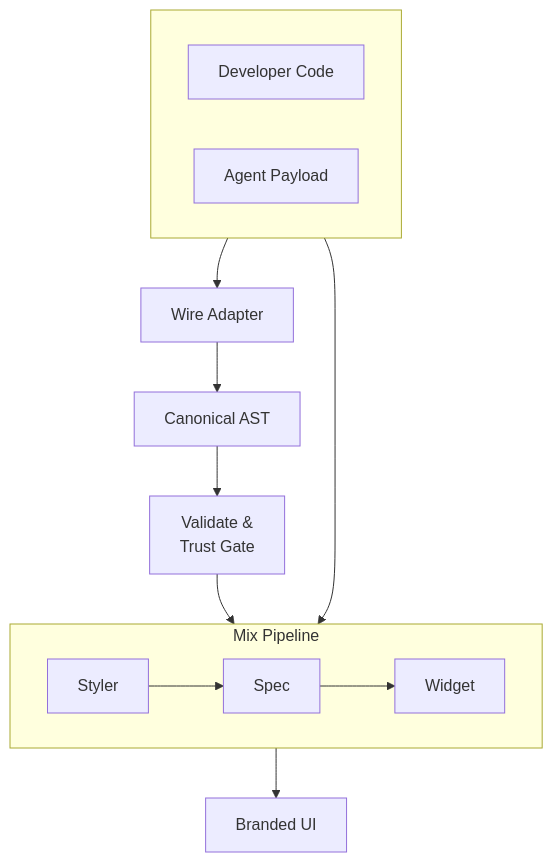
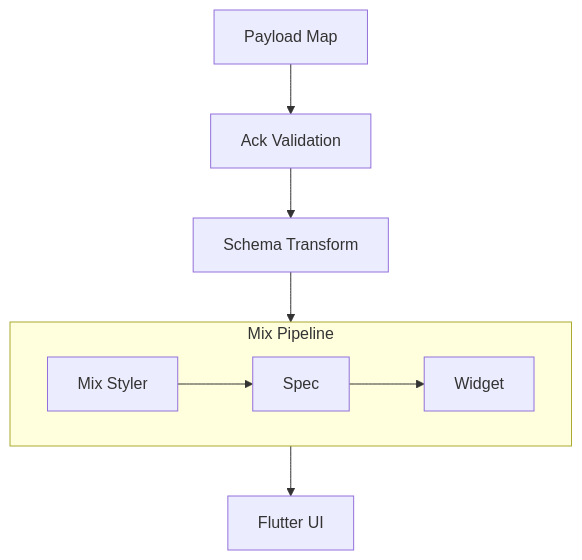
The diagram in website/src/content/documentation/ecosystem/mix-schema.mdx (btwld/mix), drawn with Mermaid before and after one commit. The commit also changed other lines of this file and 22 other files, not shown here.

Commit message:
Review feat/mix_schema changes

````diff
--- a/website/src/content/documentation/ecosystem/mix-schema.mdx
+++ b/website/src/content/documentation/ecosystem/mix-schema.mdx
@@ -27,21 +22,13 @@
 ```mermaid
 flowchart TD
-  subgraph inputs [" "]
-    direction LR
-    Dev["Developer Code"]
-    Agent["Agent Payload"]
-  end
-
-  Agent --> Adapter["Wire Adapter"]
-  Adapter --> AST["Canonical AST"]
-  AST --> Gate["Validate &\nTrust Gate"]
+  Payload["Payload Map"] --> Ack["Ack Validation"]
+  Ack --> Transform["Schema Transform"]
+  Transform --> Styler["Mix Styler"]
 
   subgraph mix ["Mix Pipeline"]
     direction LR
-    Styler["Styler"] --> Spec["Spec"] --> Widget["Widget"]
+    Styler --> Spec["Spec"] --> Widget["Widget"]
   end
 
-  Dev --> mix
-  Gate --> mix
-  mix --> UI["Branded UI"]
+  mix --> UI["Flutter UI"]
 ```
````
